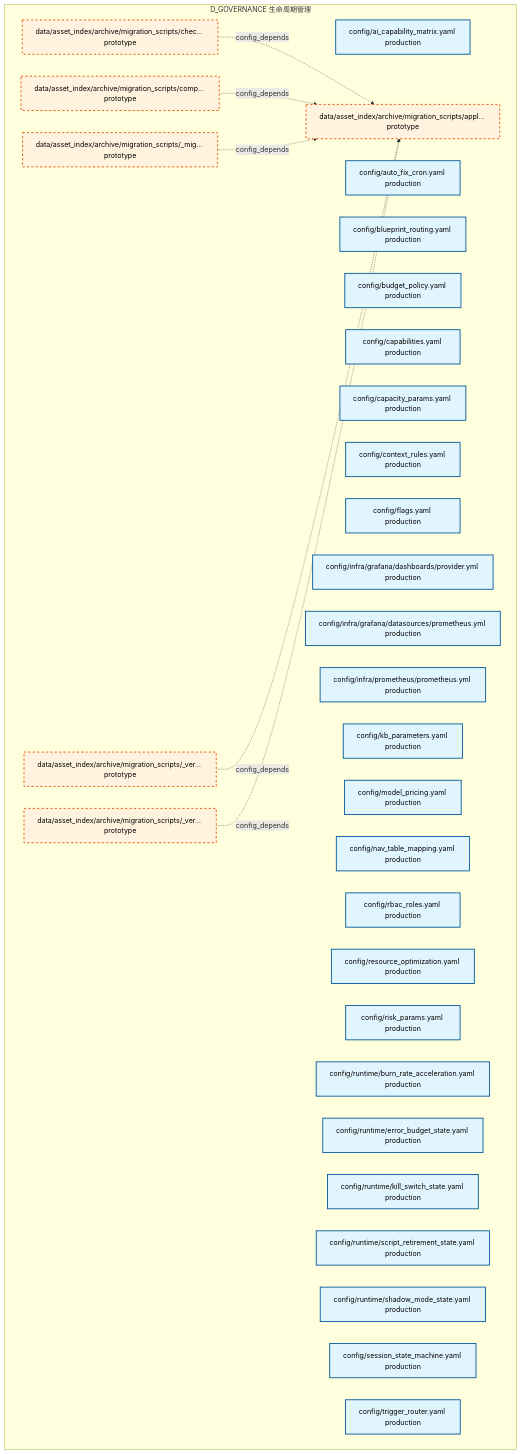
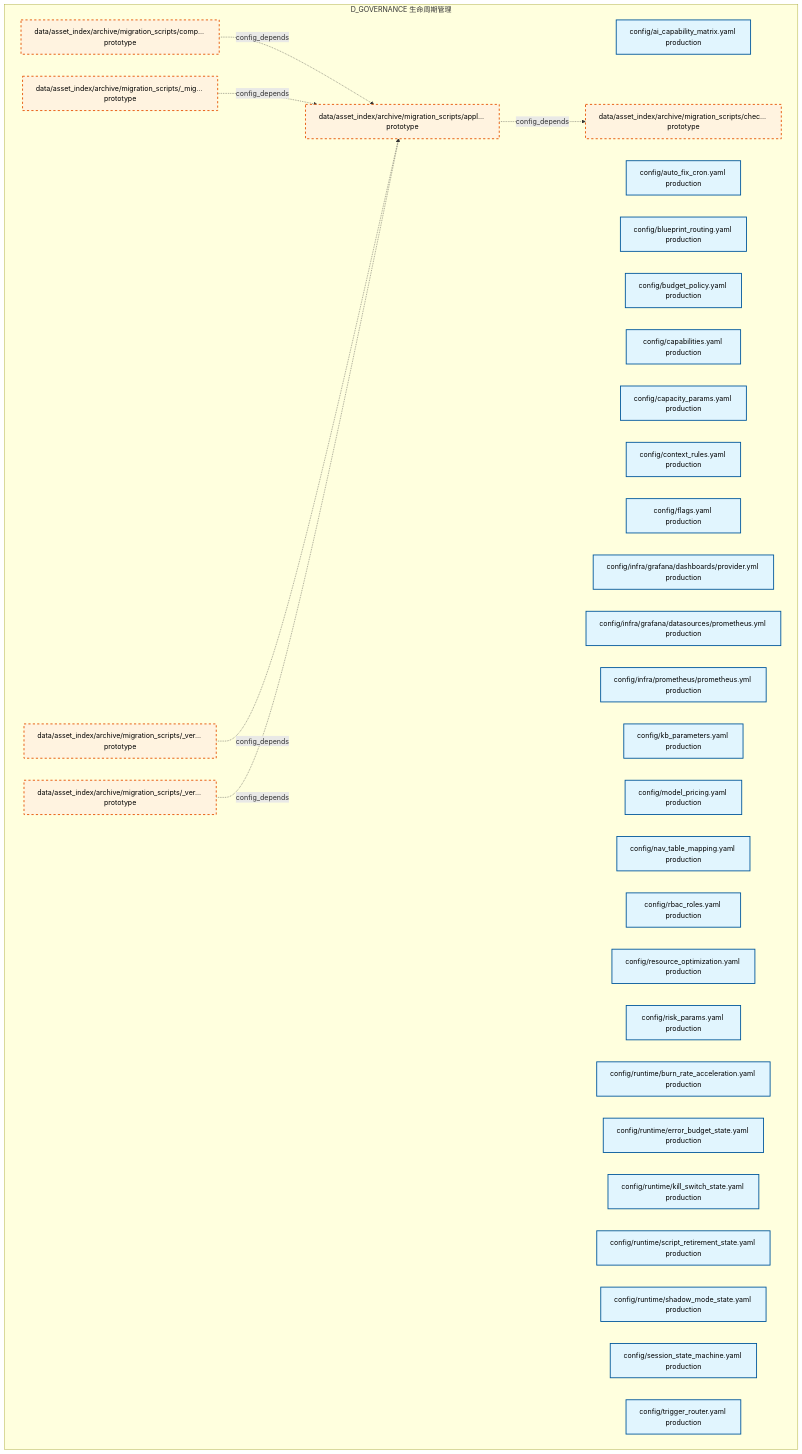
Before and after one commit to xuanFelixVan/ZephyrAlpha: the first of 30 diagrams in docs/02_enterprise_architecture/02_domain_architecture_docs/33_d_governance.md, drawn with Mermaid. The commit also changed other lines of this file and 105 other files, not shown here.

````diff
--- a/docs/02_enterprise_architecture/02_domain_architecture_docs/33_d_governance.md
+++ b/docs/02_enterprise_architecture/02_domain_architecture_docs/33_d_governance.md
@@ -49,46 +49,46 @@
 ```mermaid
 graph TD
     subgraph D_GOVERNANCE["D_GOVERNANCE 生命周期管理"]
         config_ai_capability_matrix_yaml["config/ai_capability_matrix.yaml production"]
         config_auto_fix_cron_yaml["config/auto_fix_cron.yaml production"]
         config_blueprint_routing_yaml["config/blueprint_routing.yaml production"]
         config_budget_policy_yaml["config/budget_policy.yaml production"]
         config_capabilities_yaml["config/capabilities.yaml production"]
         config_capacity_params_yaml["config/capacity_params.yaml production"]
         config_context_rules_yaml["config/context_rules.yaml production"]
         config_flags_yaml["config/flags.yaml production"]
         config_infra_grafana_dashboards_provider_yml["config/infra/grafana/dashboards/provider.yml production"]
         config_infra_grafana_datasources_prometheus_yml["config/infra/grafana/datasources/prometheus.yml production"]
         config_infra_prometheus_prometheus_yml["config/infra/prometheus/prometheus.yml production"]
         config_kb_parameters_yaml["config/kb_parameters.yaml production"]
         config_model_pricing_yaml["config/model_pricing.yaml production"]
         config_nav_table_mapping_yaml["config/nav_table_mapping.yaml production"]
         config_rbac_roles_yaml["config/rbac_roles.yaml production"]
         config_resource_optimization_yaml["config/resource_optimization.yaml production"]
         config_risk_params_yaml["config/risk_params.yaml production"]
         config_runtime_burn_rate_acceleration_yaml["config/runtime/burn_rate_acceleration.yaml production"]
         config_runtime_error_budget_state_yaml["config/runtime/error_budget_state.yaml production"]
         config_runtime_kill_switch_state_yaml["config/runtime/kill_switch_state.yaml production"]
         config_runtime_script_retirement_state_yaml["config/runtime/script_retirement_state.yaml production"]
         config_runtime_shadow_mode_state_yaml["config/runtime/shadow_mode_state.yaml production"]
         config_session_state_machine_yaml["config/session_state_machine.yaml production"]
         config_trigger_router_yaml["config/trigger_router.yaml production"]
         data_asset_index_archive_migration_scripts_migration_shared_py["data/asset_index/archive/migration_scripts/_mig... prototype"]
         data_asset_index_archive_migration_scripts_verify_manifest_py["data/asset_index/archive/migration_scripts/_ver... prototype"]
         data_asset_index_archive_migration_scripts_verify_step4_py["data/asset_index/archive/migration_scripts/_ver... prototype"]
         data_asset_index_archive_migration_scripts_apply_rulings_py["data/asset_index/archive/migration_scripts/appl... prototype"]
         data_asset_index_archive_migration_scripts_check_coverage_py["data/asset_index/archive/migration_scripts/chec... prototype"]
         data_asset_index_archive_migration_scripts_comprehensive_import_fix_py["data/asset_index/archive/migration_scripts/comp... prototype"]
     end
-    data_asset_index_archive_migration_scripts_check_coverage_py -.->|config_depends| data_asset_index_archive_migration_scripts_apply_rulings_py
+    data_asset_index_archive_migration_scripts_apply_rulings_py -.->|config_depends| data_asset_index_archive_migration_scripts_check_coverage_py
     data_asset_index_archive_migration_scripts_comprehensive_import_fix_py -.->|config_depends| data_asset_index_archive_migration_scripts_apply_rulings_py
     data_asset_index_archive_migration_scripts_migration_shared_py -.->|config_depends| data_asset_index_archive_migration_scripts_apply_rulings_py
     data_asset_index_archive_migration_scripts_verify_manifest_py -.->|config_depends| data_asset_index_archive_migration_scripts_apply_rulings_py
     data_asset_index_archive_migration_scripts_verify_step4_py -.->|config_depends| data_asset_index_archive_migration_scripts_apply_rulings_py
     classDef production fill:#e1f5fe,stroke:#01579b,stroke-width:2px,color:#000
     classDef design fill:#fff3e0,stroke:#e65100,stroke-width:2px,color:#000,stroke-dasharray: 5 5
     classDef external_prod fill:#e8f5e9,stroke:#1b5e20,stroke-width:1px,color:#000
     classDef external_design fill:#fce4ec,stroke:#880e4f,stroke-width:1px,color:#000,stroke-dasharray: 5 5
     class config_ai_capability_matrix_yaml,config_auto_fix_cron_yaml,config_blueprint_routing_yaml,config_budget_policy_yaml,config_capabilities_yaml,config_capacity_params_yaml,config_context_rules_yaml,config_flags_yaml,config_infra_grafana_dashboards_provider_yml,config_infra_grafana_datasources_prometheus_yml,config_infra_prometheus_prometheus_yml,config_kb_parameters_yaml,config_model_pricing_yaml,config_nav_table_mapping_yaml,config_rbac_roles_yaml,config_resource_optimization_yaml,config_risk_params_yaml,config_runtime_burn_rate_acceleration_yaml,config_runtime_error_budget_state_yaml,config_runtime_kill_switch_state_yaml,config_runtime_script_retirement_state_yaml,config_runtime_shadow_mode_state_yaml,config_session_state_machine_yaml,config_trigger_router_yaml production
     class data_asset_index_archive_migration_scripts_migration_shared_py,data_asset_index_archive_migration_scripts_verify_manifest_py,data_asset_index_archive_migration_scripts_verify_step4_py,data_asset_index_archive_migration_scripts_apply_rulings_py,data_asset_index_archive_migration_scripts_check_coverage_py,data_asset_index_archive_migration_scripts_comprehensive_import_fix_py design
 ```
````
